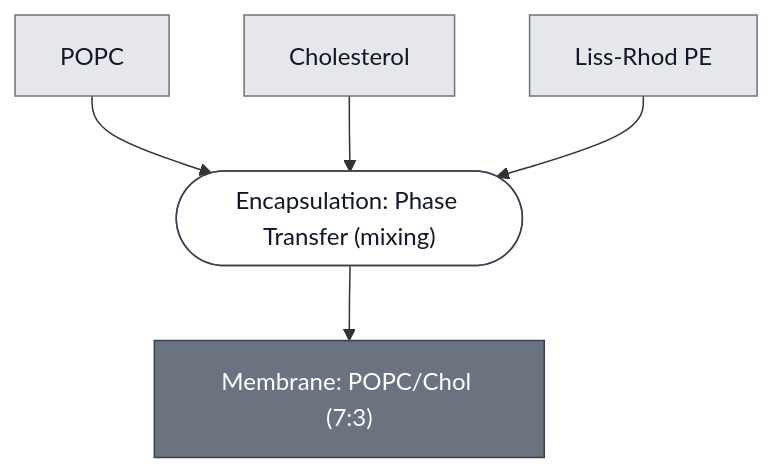
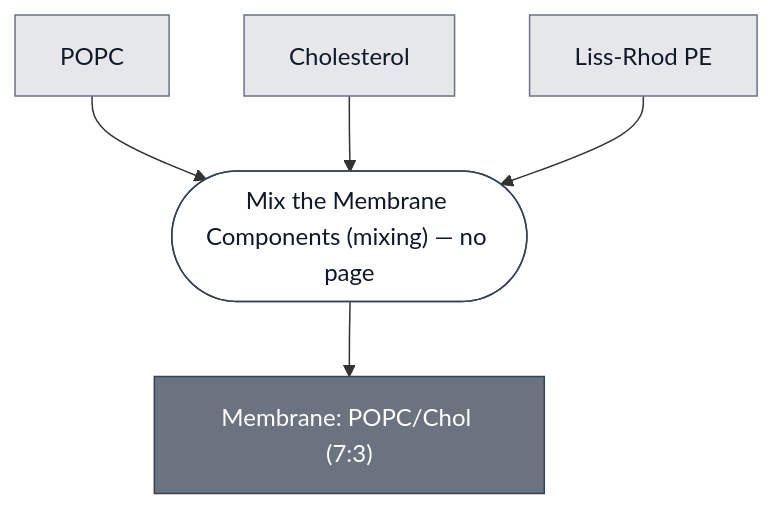
Before and after one commit to nucleus-eng/nucleus-docs: the diagram in docs/modules/membrane-popc-chol/spec.md, drawn with Mermaid. The commit also changed 12 other files, not shown here.

````diff
--- a/docs/modules/membrane-popc-chol/spec.md
+++ b/docs/modules/membrane-popc-chol/spec.md
@@ -32,25 +32,24 @@
 ```mermaid
 flowchart TD
     POPC["POPC"]
     CHOLESTEROL["Cholesterol"]
     LISS_RHOD_PE["Liss-Rhod PE"]
 
-    P1_FORM_LIPID_FILM_0(["Encapsulation: Phase Transfer (mixing)"])
+    P1_FORM_LIPID_FILM_0(["Mix the Membrane Components (mixing) — no page"])
     MEMBRANE_POPC_CHOL["Membrane: POPC/Chol (7:3)"]
 
     POPC --> P1_FORM_LIPID_FILM_0
     CHOLESTEROL --> P1_FORM_LIPID_FILM_0
     LISS_RHOD_PE --> P1_FORM_LIPID_FILM_0
     P1_FORM_LIPID_FILM_0 --> MEMBRANE_POPC_CHOL
 
 
     classDef leaf     fill:#e5e7eb,stroke:#6b7280,color:#111827;
     classDef composed fill:#6b7280,stroke:#374151,color:#ffffff;
     classDef process  fill:#ffffff,stroke:#374151,color:#111827;
     class POPC,CHOLESTEROL,LISS_RHOD_PE leaf;
     class MEMBRANE_POPC_CHOL composed;
     class P1_FORM_LIPID_FILM_0 process;
 
-    click P1_FORM_LIPID_FILM_0 "/docs/processes/assemble-base-cell/main"
     click MEMBRANE_POPC_CHOL "/docs/modules/membrane-popc-chol/spec"
 ```
````
